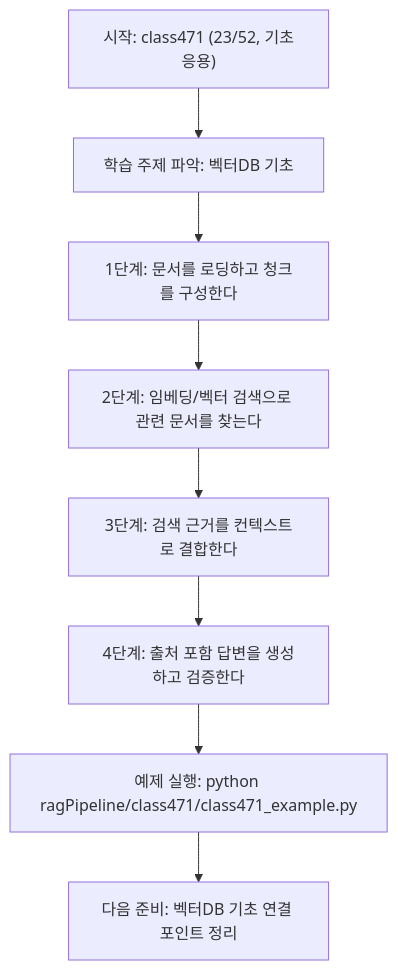
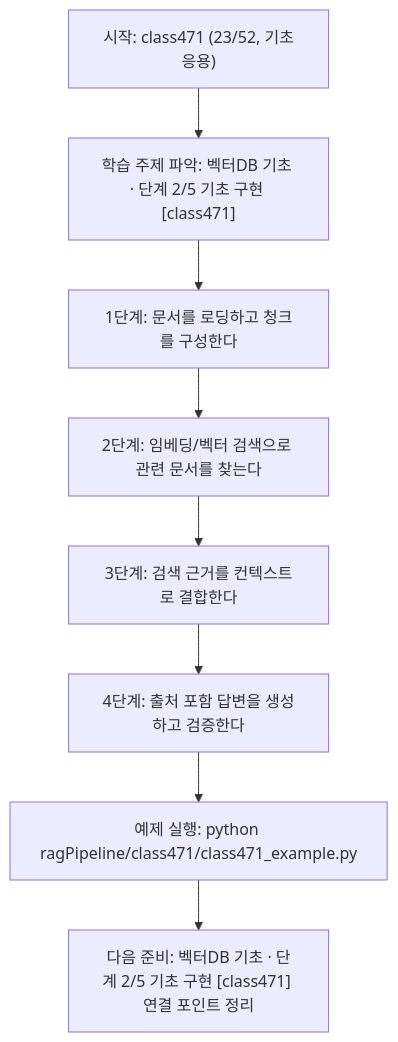
The diagram in ragPipeline/class471/class471.md (edumgt/Python-AI_Agent-Class), drawn with Mermaid before and after one commit. The commit also changed other lines of this file and 522 other files, not shown here.

````diff
--- a/ragPipeline/class471/class471.md
+++ b/ragPipeline/class471/class471.md
@@ -110,18 +111,18 @@
 ```mermaid
 flowchart TD
 N1["시작: class471 (23/52, 기초응용)"]
-N2["학습 주제 파악: 벡터DB 기초"]
+N2["학습 주제 파악: 벡터DB 기초 · 단계 2/5 기초 구현 [class471]"]
 N3["1단계: 문서를 로딩하고 청크를 구성한다"]
 N4["2단계: 임베딩/벡터 검색으로 관련 문서를 찾는다"]
 N5["3단계: 검색 근거를 컨텍스트로 결합한다"]
 N6["4단계: 출처 포함 답변을 생성하고 검증한다"]
 N7["예제 실행: python ragPipeline/class471/class471_example.py"]
-N8["다음 준비: 벡터DB 기초 연결 포인트 정리"]
+N8["다음 준비: 벡터DB 기초 · 단계 2/5 기초 구현 [class471] 연결 포인트 정리"]
 N1 --> N2
 N2 --> N3
 N3 --> N4
 N4 --> N5
 N5 --> N6
 N6 --> N7
 N7 --> N8
 ```
````
